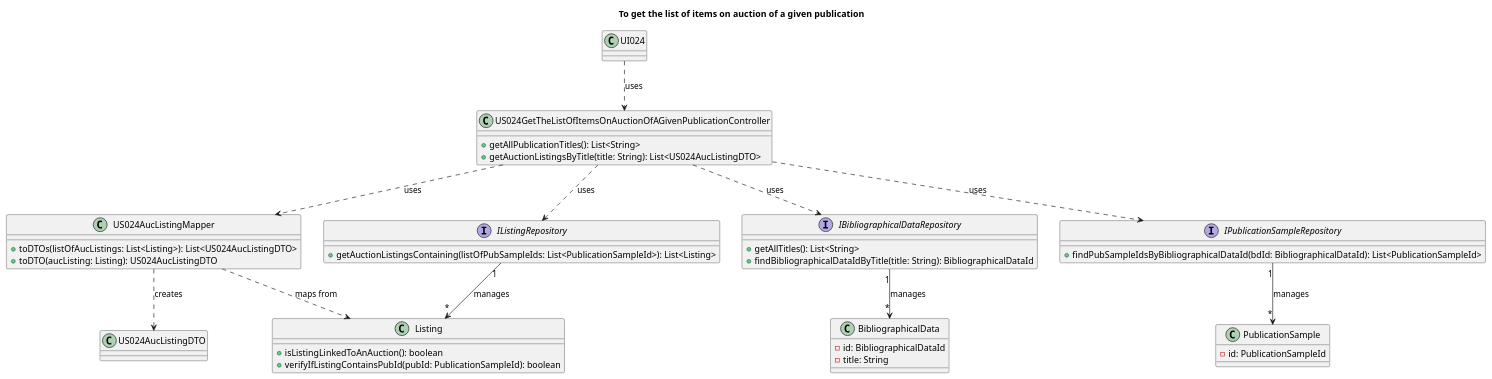
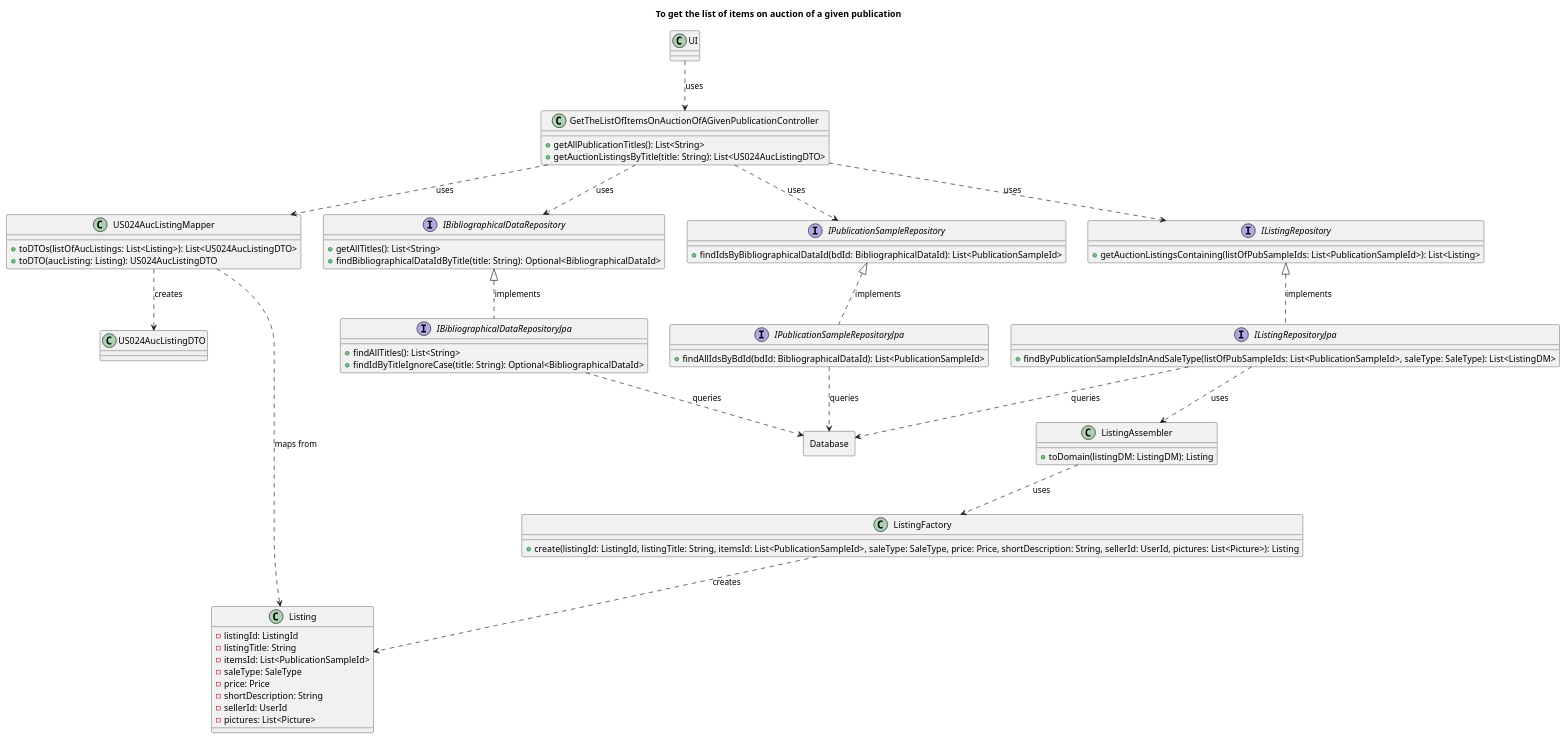
One commit to AndrePereiraGitH/SWitCH-Project-Team_A changed the diagram in Diagrams/ClassDiagrams/To-get-the-list-of-items-on-auction-of-a-given-publication.puml. Above: the diagram before and after it, drawn with PlantUML. The commit also changed 8 other files, not shown here.

Commit message:
docs #699: Update CD & SD to include infrastructure layer (JPA repositories, ListingAssembler, ListingFactory)

```diff
--- a/Diagrams/ClassDiagrams/To-get-the-list-of-items-on-auction-of-a-given-publication.puml
+++ b/Diagrams/ClassDiagrams/To-get-the-list-of-items-on-auction-of-a-given-publication.puml
@@ -1,67 +1,97 @@
 @startuml
 
 title To get the list of items on auction of a given publication
 
 ' ── UI Layer ───────────────────────────────────────────────
-class UI024 {
+class UI {
 }
 
 ' ── Application Layer ──────────────────────────────────────
-class US024GetTheListOfItemsOnAuctionOfAGivenPublicationController {
+class GetTheListOfItemsOnAuctionOfAGivenPublicationController {
   +getAllPublicationTitles(): List<String>
   +getAuctionListingsByTitle(title: String): List<US024AucListingDTO>
 }
 
 class US024AucListingMapper {
   +toDTOs(listOfAucListings: List<Listing>): List<US024AucListingDTO>
   +toDTO(aucListing: Listing): US024AucListingDTO
 }
 
 class US024AucListingDTO {
 }
 
 ' ── Domain Layer ───────────────────────────────────────────
 interface IBibliographicalDataRepository {
   +getAllTitles(): List<String>
-  +findBibliographicalDataIdByTitle(title: String): BibliographicalDataId
+  +findBibliographicalDataIdByTitle(title: String): Optional<BibliographicalDataId>
 }
 
 interface IPublicationSampleRepository {
-  +findPubSampleIdsByBibliographicalDataId(bdId: BibliographicalDataId): List<PublicationSampleId>
+  +findIdsByBibliographicalDataId(bdId: BibliographicalDataId): List<PublicationSampleId>
 }
 
 interface IListingRepository {
   +getAuctionListingsContaining(listOfPubSampleIds: List<PublicationSampleId>): List<Listing>
 }
 
-class BibliographicalData {
-  -id: BibliographicalDataId
-  -title: String
+class Listing {
+  -listingId: ListingId
+  -listingTitle: String
+  -itemsId: List<PublicationSampleId>
+  -saleType: SaleType
+  -price: Price
+  -shortDescription: String
+  -sellerId: UserId
+  -pictures: List<Picture>
 }
 
-class PublicationSample {
-  -id: PublicationSampleId
+' ── Infrastructure Layer ───────────────────────────────────
+interface IBibliographicalDataRepositoryJpa {
+  +findAllTitles(): List<String>
+  +findIdByTitleIgnoreCase(title: String): Optional<BibliographicalDataId>
 }
 
-class Listing {
-  +isListingLinkedToAnAuction(): boolean
-  +verifyIfListingContainsPubId(pubId: PublicationSampleId): boolean
+interface IPublicationSampleRepositoryJpa {
+  +findAllIdsByBdId(bdId: BibliographicalDataId): List<PublicationSampleId>
+}
+
+interface IListingRepositoryJpa {
+  +findByPublicationSampleIdsInAndSaleType(listOfPubSampleIds: List<PublicationSampleId>, saleType: SaleType): List<ListingDM>
+}
+
+class ListingAssembler {
+  +toDomain(listingDM: ListingDM): Listing
+}
+
+class ListingFactory {
+  +create(listingId: ListingId, listingTitle: String, itemsId: List<PublicationSampleId>, saleType: SaleType, price: Price, shortDescription: String, sellerId: UserId, pictures: List<Picture>): Listing
+}
+
+rectangle Database {
 }
 
 ' ── Relationships ──────────────────────────────────────────
 
-UI024 ..> US024GetTheListOfItemsOnAuctionOfAGivenPublicationController : uses
+UI ..> GetTheListOfItemsOnAuctionOfAGivenPublicationController : uses
 
-US024GetTheListOfItemsOnAuctionOfAGivenPublicationController ..> IBibliographicalDataRepository : uses
-US024GetTheListOfItemsOnAuctionOfAGivenPublicationController ..> IPublicationSampleRepository : uses
-US024GetTheListOfItemsOnAuctionOfAGivenPublicationController ..> IListingRepository : uses
-US024GetTheListOfItemsOnAuctionOfAGivenPublicationController ..> US024AucListingMapper : uses
+GetTheListOfItemsOnAuctionOfAGivenPublicationController ..> IBibliographicalDataRepository : uses
+GetTheListOfItemsOnAuctionOfAGivenPublicationController ..> IPublicationSampleRepository : uses
+GetTheListOfItemsOnAuctionOfAGivenPublicationController ..> IListingRepository : uses
+GetTheListOfItemsOnAuctionOfAGivenPublicationController ..> US024AucListingMapper : uses
 
-IBibliographicalDataRepository "1" --> "*" BibliographicalData : manages
-IPublicationSampleRepository "1" --> "*" PublicationSample : manages
-IListingRepository "1" --> "*" Listing : manages
+IBibliographicalDataRepository <|.. IBibliographicalDataRepositoryJpa : implements
+IPublicationSampleRepository <|.. IPublicationSampleRepositoryJpa : implements
+IListingRepository <|.. IListingRepositoryJpa : implements
+
+IListingRepositoryJpa ..> ListingAssembler : uses
+ListingAssembler ..> ListingFactory : uses
+ListingFactory ..> Listing : creates
+
+IBibliographicalDataRepositoryJpa ..> Database : queries
+IPublicationSampleRepositoryJpa ..> Database : queries
+IListingRepositoryJpa ..> Database : queries
 
 US024AucListingMapper ..> Listing : maps from
 US024AucListingMapper ..> US024AucListingDTO : creates
 
 @enduml
```
